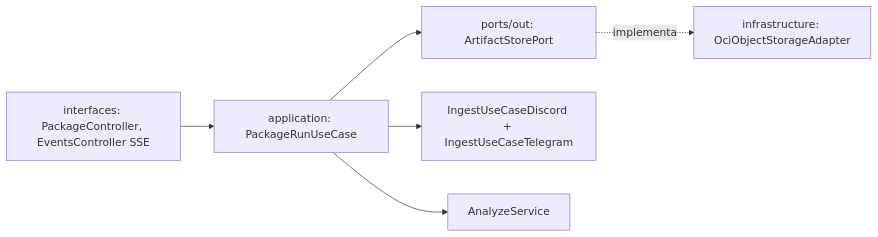
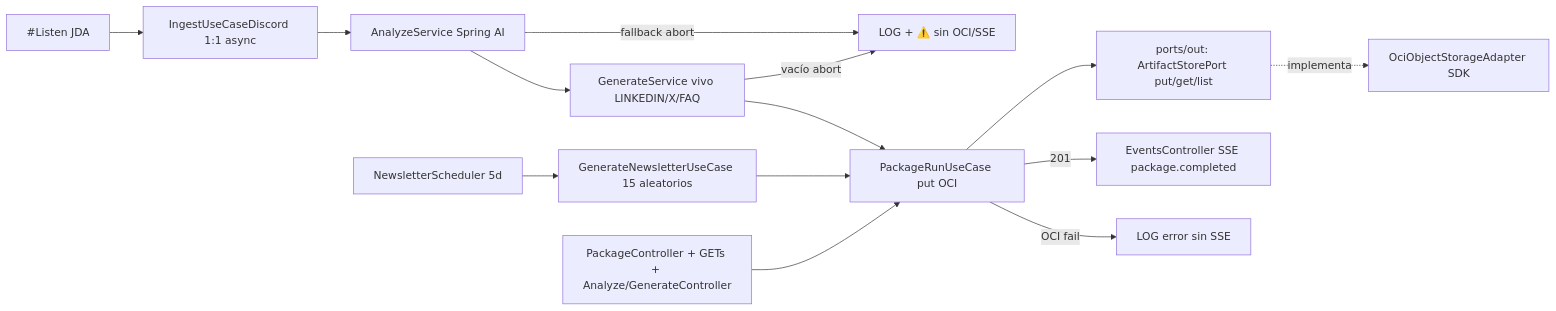
The diagram in docs/sdd/specs/004-paquete-oci-health/plan.md (No-Country-simulation/G-10-CommunityLab-equipo-3), drawn with Mermaid before and after one commit. The commit also changed other lines of this file and 2 other files, not shown here.

Commit message:
docs(sdd-004): oci sse gets newsletter scheduler

````diff
--- a/docs/sdd/specs/004-paquete-oci-health/plan.md
+++ b/docs/sdd/specs/004-paquete-oci-health/plan.md
@@ -8,7 +8,16 @@
 ```mermaid
 flowchart LR
-  ORQ[application: PackageRunUseCase] --> AP[ports/out: ArtifactStorePort]
-  AP -.implementa.-> OCI[infrastructure: OciObjectStorageAdapter]
-  ORQ --> ING[IngestUseCaseDiscord + IngestUseCaseTelegram] & ANA[AnalyzeService]
-  API[interfaces: PackageController, EventsController SSE] --> ORQ
+  LIS[#Listen JDA] --> ING[IngestUseCaseDiscord 1:1 async]
+  ING --> ANA[AnalyzeService Spring AI]
+  ANA -->|fallback abort| STOP[LOG + ⚠️ sin OCI/SSE]
+  ANA --> GEN[GenerateService vivo LINKEDIN/X/FAQ]
+  GEN -->|vacío abort| STOP
+  GEN --> ORQ[PackageRunUseCase put OCI]
+  ORQ --> AP[ports/out: ArtifactStorePort put/get/list]
+  AP -.implementa.-> OCI[OciObjectStorageAdapter SDK]
+  ORQ -->|201| SSE[EventsController SSE package.completed]
+  ORQ -->|OCI fail| LOG[LOG error sin SSE]
+  SCHED[NewsletterScheduler 5d] --> NL[GenerateNewsletterUseCase 15 aleatorios]
+  NL --> ORQ
+  API[PackageController + GETs + Analyze/GenerateController] --> ORQ
 ```
````
